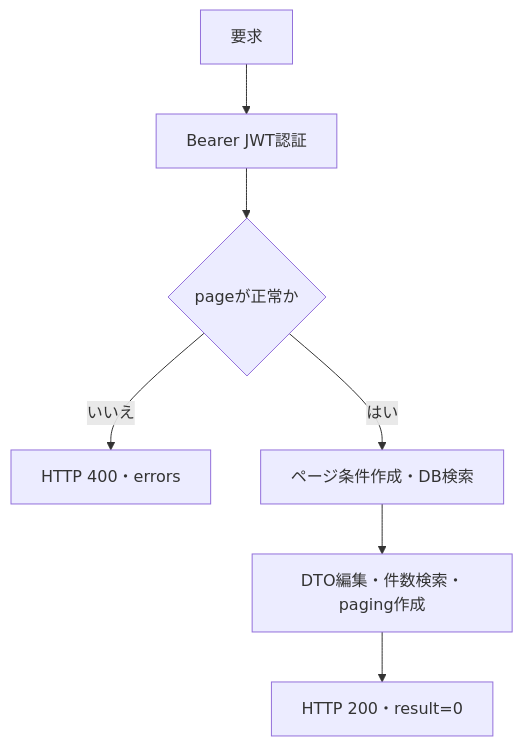
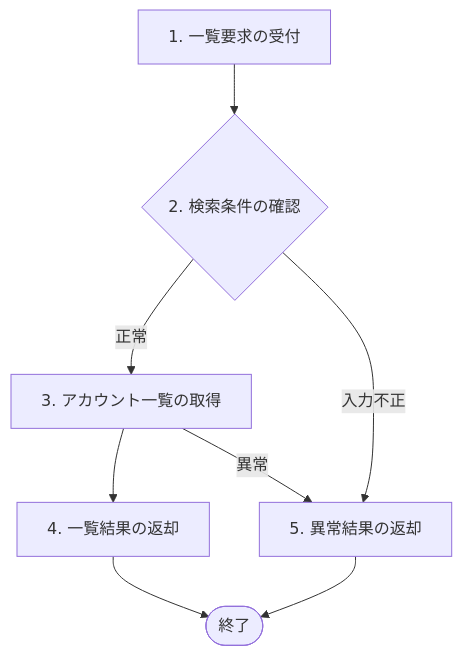
One commit to kohei-okazaki/work-3g changed the second of 2 diagrams in ha-docs/design/05_rootapi/設計書_5.3.1.アカウント情報一覧取得API.md. Above: the diagram before and after it, drawn with Mermaid. The commit also changed other lines of this file and 67 other files, not shown here.

````diff
--- a/ha-docs/design/05_rootapi/設計書_5.3.1.アカウント情報一覧取得API.md
+++ b/ha-docs/design/05_rootapi/設計書_5.3.1.アカウント情報一覧取得API.md
@@ -22,9 +152,15 @@
 ```mermaid
 flowchart TD
-    A["要求"] --> B["Bearer JWT認証"]
-    B --> C{"pageが正常か"}
-    C -->|いいえ| E["HTTP 400・errors"]
-    C -->|はい| D["ページ条件作成・DB検索"]
-    D --> F["DTO編集・件数検索・paging作成"]
-    F --> G["HTTP 200・result=0"]
+    N1["1. 一覧要求の受付"]
+    N2{"2. 検索条件の確認"}
+    N3["3. アカウント一覧の取得"]
+    N4["4. 一覧結果の返却"]
+    N5["5. 異常結果の返却"]
+    N1 --> N2
+    N2 -->|正常| N3
+    N2 -->|入力不正| N5
+    N3 --> N4
+    N3 -->|異常| N5
+    N4 --> End(["終了"])
+    N5 --> End
 ```
````
